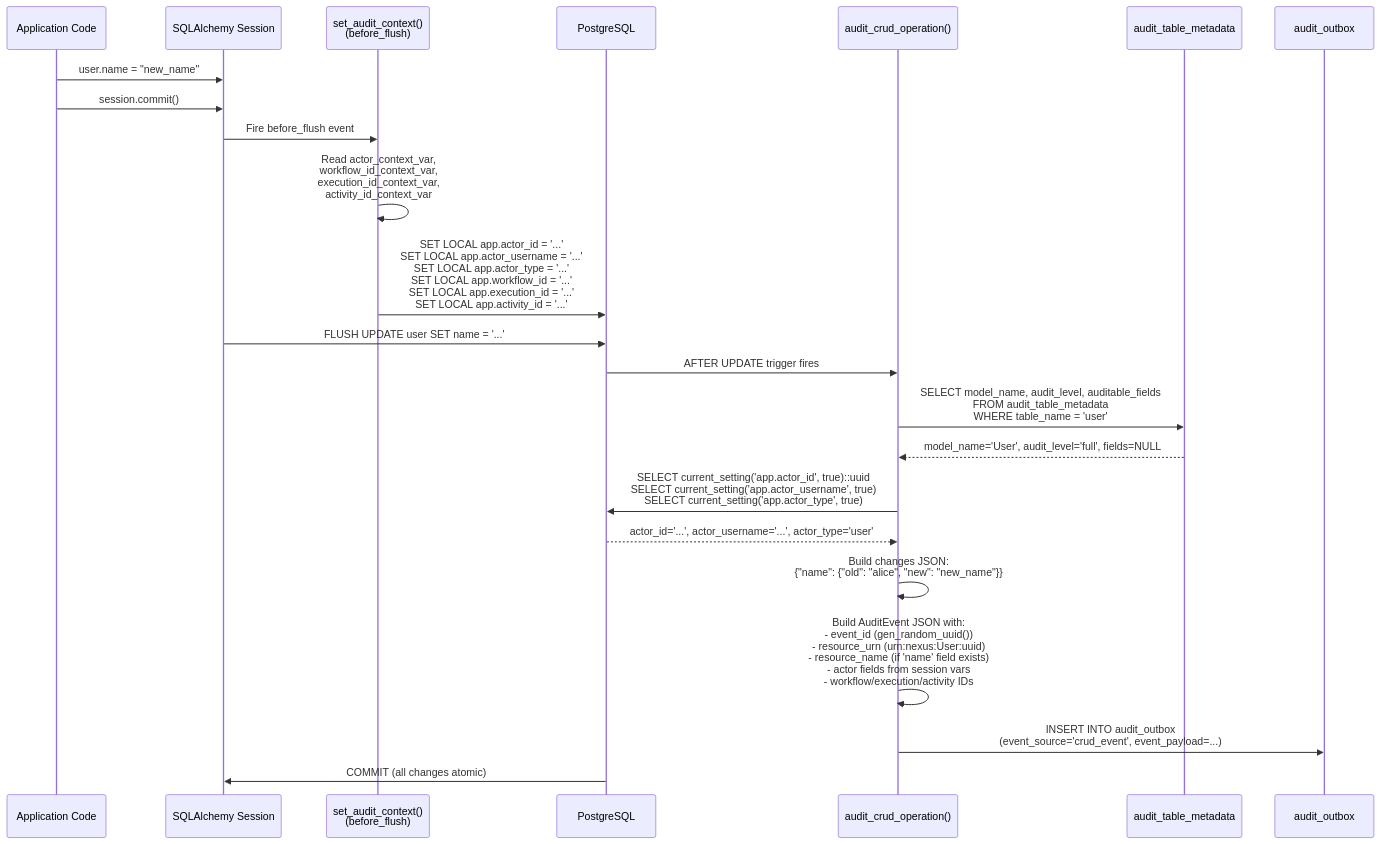
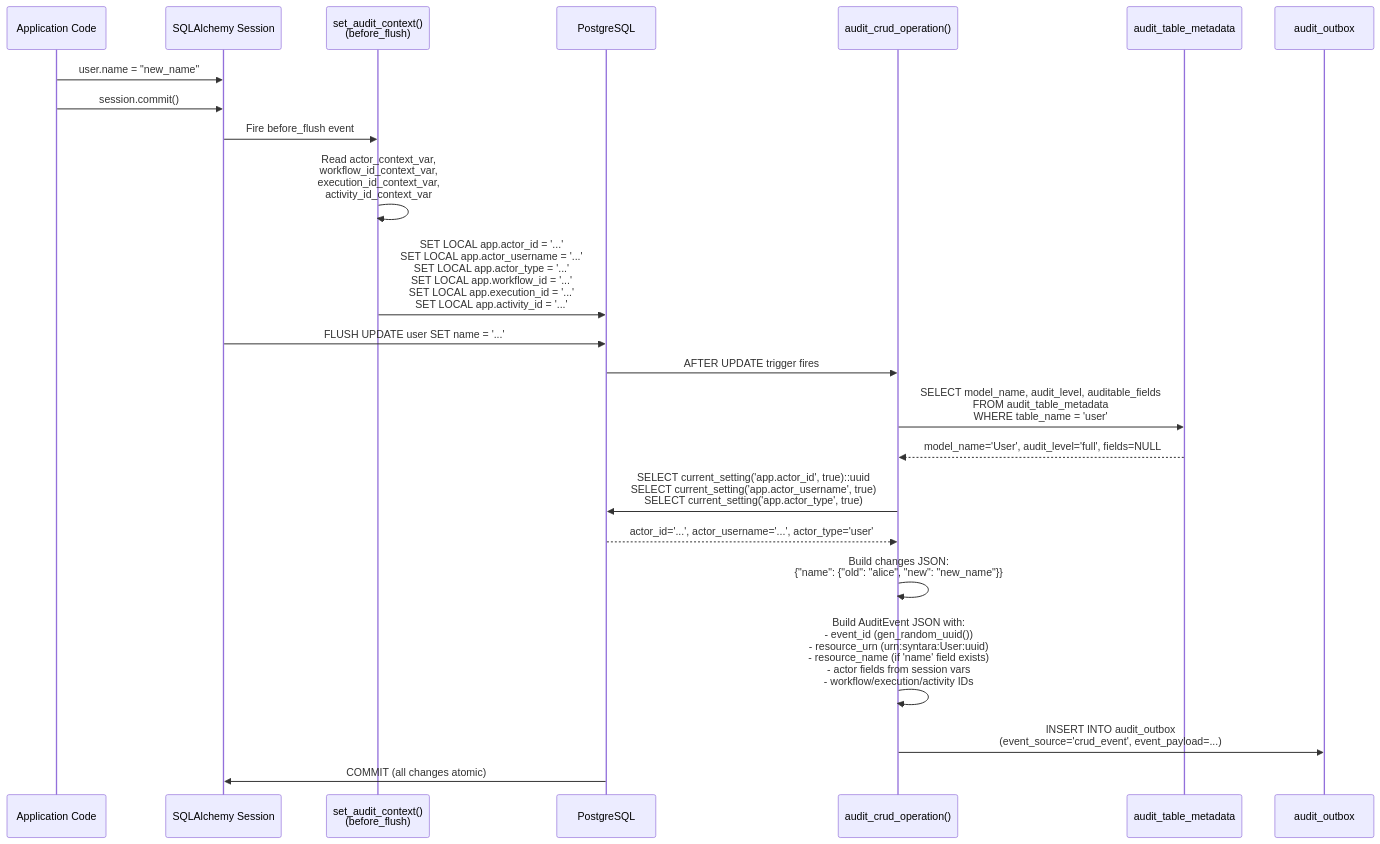
One commit to alinabuzachis/syntara changed the fifth of 8 diagrams in backend/docs/audit.md. Above: the diagram before and after it, drawn with Mermaid. The commit also changed other lines of this file and 108 other files, not shown here.

First line of the commit message:
refactor(AAP-83615): rename audit URNs from urn:nexus: to urn:syntara: (#891)

````diff
--- a/backend/docs/audit.md
+++ b/backend/docs/audit.md
@@ -399,33 +399,33 @@
 ```mermaid
 sequenceDiagram
     participant App as Application Code
     participant Session as SQLAlchemy Session
     participant Hook as set_audit_context()<br/>(before_flush)
     participant PG as PostgreSQL
     participant Trigger as audit_crud_operation()
     participant Meta as audit_table_metadata
     participant Outbox as audit_outbox
 
     App->>Session: user.name = "new_name"
     App->>Session: session.commit()
 
     Session->>Hook: Fire before_flush event
     Hook->>Hook: Read actor_context_var,<br/>workflow_id_context_var,<br/>execution_id_context_var,<br/>activity_id_context_var
     Hook->>PG: SET LOCAL app.actor_id = '...'<br/>SET LOCAL app.actor_username = '...'<br/>SET LOCAL app.actor_type = '...'<br/>SET LOCAL app.workflow_id = '...'<br/>SET LOCAL app.execution_id = '...'<br/>SET LOCAL app.activity_id = '...'
 
     Session->>PG: FLUSH UPDATE user SET name = '...'
 
     PG->>Trigger: AFTER UPDATE trigger fires
     Trigger->>Meta: SELECT model_name, audit_level, auditable_fields<br/>FROM audit_table_metadata<br/>WHERE table_name = 'user'
     Meta-->>Trigger: model_name='User', audit_level='full', fields=NULL
 
     Trigger->>PG: SELECT current_setting('app.actor_id', true)::uuid<br/>SELECT current_setting('app.actor_username', true)<br/>SELECT current_setting('app.actor_type', true)
     PG-->>Trigger: actor_id='...', actor_username='...', actor_type='user'
 
     Trigger->>Trigger: Build changes JSON:<br/>{"name": {"old": "alice", "new": "new_name"}}
-    Trigger->>Trigger: Build AuditEvent JSON with:<br/>- event_id (gen_random_uuid())<br/>- resource_urn (urn:nexus:User:uuid)<br/>- resource_name (if 'name' field exists)<br/>- actor fields from session vars<br/>- workflow/execution/activity IDs
+    Trigger->>Trigger: Build AuditEvent JSON with:<br/>- event_id (gen_random_uuid())<br/>- resource_urn (urn:syntara:User:uuid)<br/>- resource_name (if 'name' field exists)<br/>- actor fields from session vars<br/>- workflow/execution/activity IDs
 
     Trigger->>Outbox: INSERT INTO audit_outbox<br/>(event_source='crud_event', event_payload=...)
 
     PG->>Session: COMMIT (all changes atomic)
 ```
````
